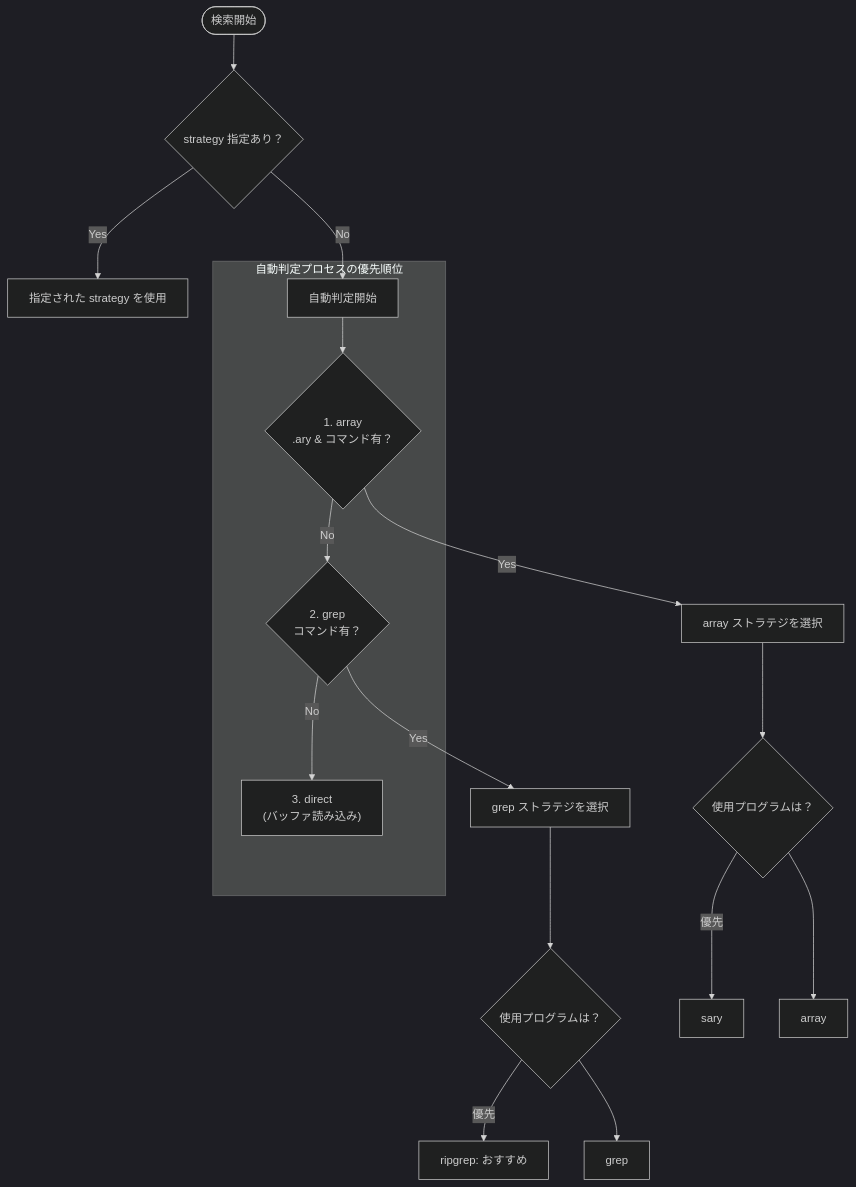
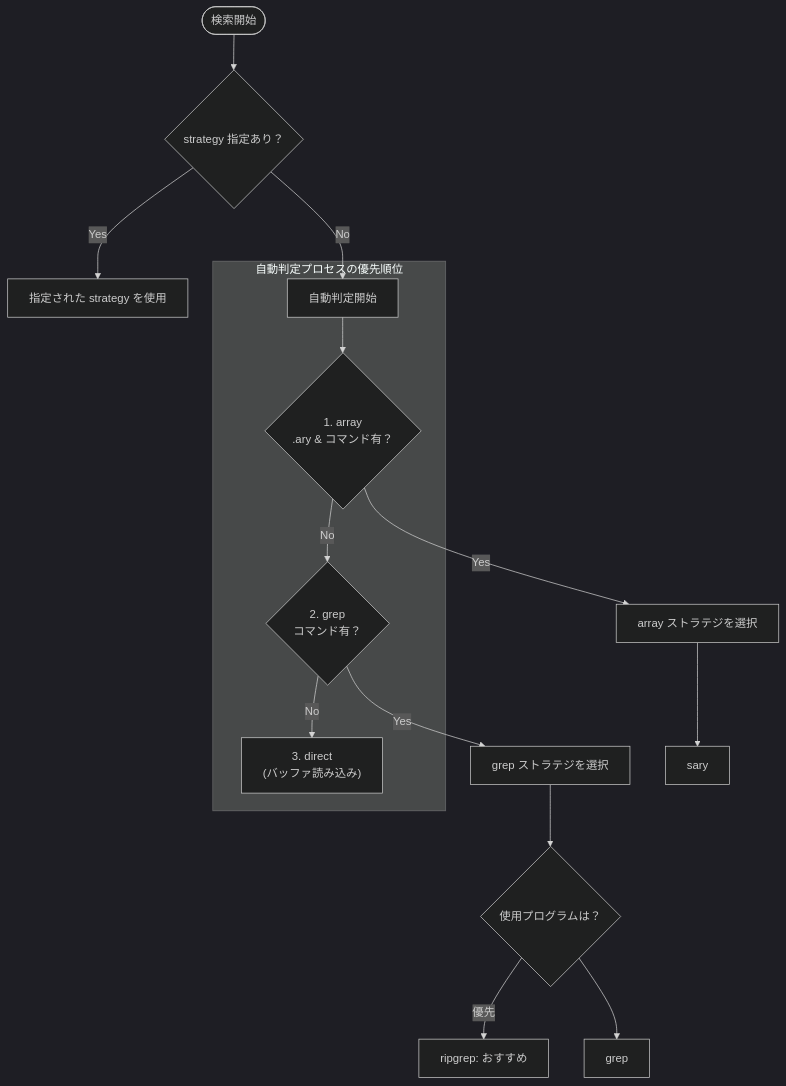
The diagram in README.md (video/sdic), drawn with Mermaid (dark theme) before and after one commit. The commit also changed other lines of this file and 1 other file, not shown here.

Commit message:
array ストラテジーから旧 SUFARY 実装を削除

````diff
--- a/README.md
+++ b/README.md
@@ -32,25 +32,23 @@
 ```mermaid
 graph TD
     Start(["検索開始"]) --> Manual{"strategy 指定あり？"}
 
     Manual -- "Yes" --> Fixed["指定された strategy を使用"]
     Manual -- "No"  --> Auto["自動判定開始"]
 
     subgraph AutoProcess ["自動判定プロセスの優先順位"]
         Auto --> TryArray{"1. array<br/>.ary & コマンド有？"}
         TryArray -- "No" --> TryGrep{"2. grep<br/>コマンド有？"}
         TryGrep -- "No" --> Direct["3. direct<br/>(バッファ読み込み)"]
     end
 
     TryArray -- "Yes" --> UseArray["array ストラテジを選択"]
     TryGrep -- "Yes" --> UseGrep["grep ストラテジを選択"]
 
     %% 詳細分岐
-    UseArray --> ArrayBranch{"使用プログラムは？"}
-    ArrayBranch -- "優先" --> Sary["sary"]
-    ArrayBranch --> Array["array"]
+    UseArray --> Sary["sary"]
 
     UseGrep --> GrepBranch{"使用プログラムは？"}
     GrepBranch -- "優先" --> Ripgrep["ripgrep: おすすめ"]
     GrepBranch --> Grep["grep"]
 ```
````
